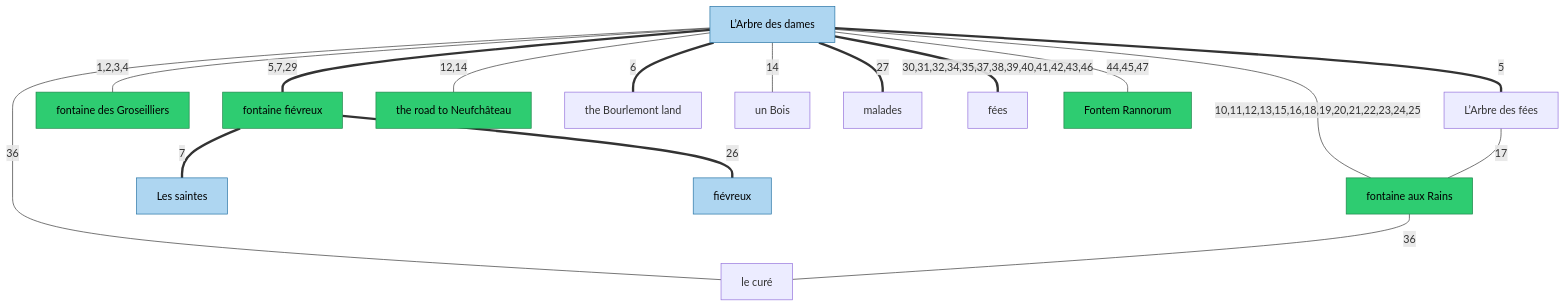
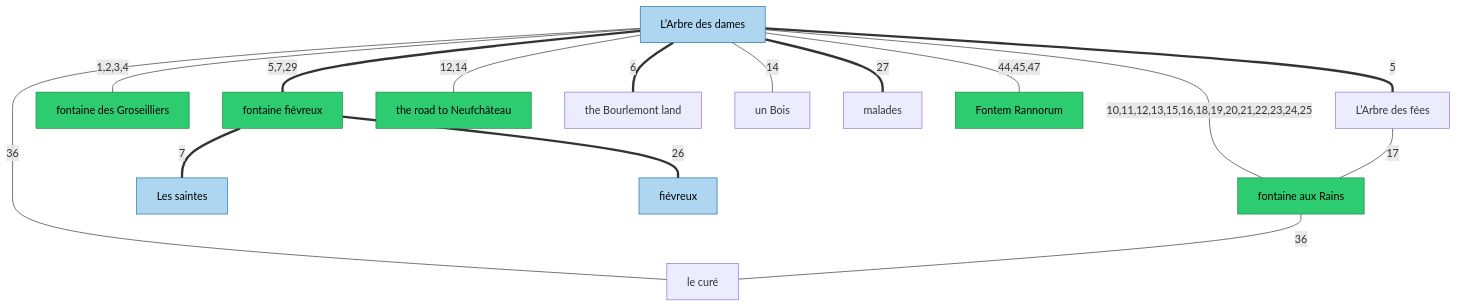
The diagram in README.md (kitty-catt/the-location-of-the-arbre-des-dames-and-the-spring-of-joan-of-arc), drawn with Mermaid before and after one commit. The commit also changed 1 other file, not shown here.

Commit message:
fairies do not leave archeological evidence

````diff
--- a/README.md
+++ b/README.md
@@ -35,39 +35,37 @@
 ```mermaid
 graph TD
     classDef archaeological fill:#2ecc71,stroke:#1e8449,color:#000;
     classDef jeanneFievreux fill:#aed6f1,stroke:#2471a3,color:#000;
 
     N1["L’Arbre des dames"]
     N2["L’Arbre des fées"]
     N3["fontaine des Groseilliers"]
     N4["fontaine fiévreux"]
     N5["fontaine aux Rains"]
     N6["the road to Neufchâteau"]
     N7["the Bourlemont land"]
     N8["un Bois"]
     N9["Les saintes"]
     N10["fiévreux"]
     N11["malades"]
-    N12["fées"]
     N13["le curé"]
     N14["Fontem Rannorum"]
 
     N1 == "5" === N2
     N1 -- "1,2,3,4" --- N3
     N1 == "5,7,29" === N4
     N1 == "6" === N7
     N4 == "7" === N9
-    N1 == "30,31,32,34,35,37,38,39,40,41,42,43,46" === N12
     N1 -- "36" --- N13
     N5 -- "36" --- N13
     N4 == "26" === N10
     N1 == "27" === N11
     N1 -- "10,11,12,13,15,16,18,19,20,21,22,23,24,25" --- N5
     N2 -- "17" --- N5
     N1 -- "12,14" --- N6
     N1 -- "14" --- N8
     N1 -- "44,45,47" --- N14
 
     class N3,N4,N5,N6,N14 archaeological
     class N1,N9,N10 jeanneFievreux
 ```
````
